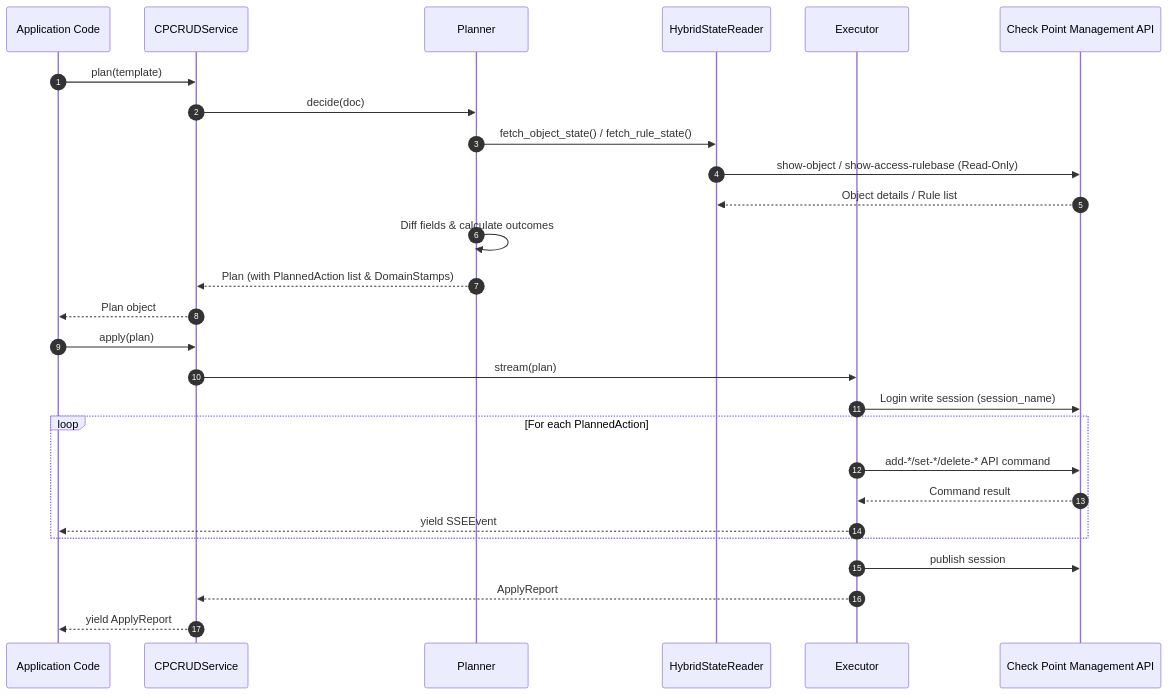
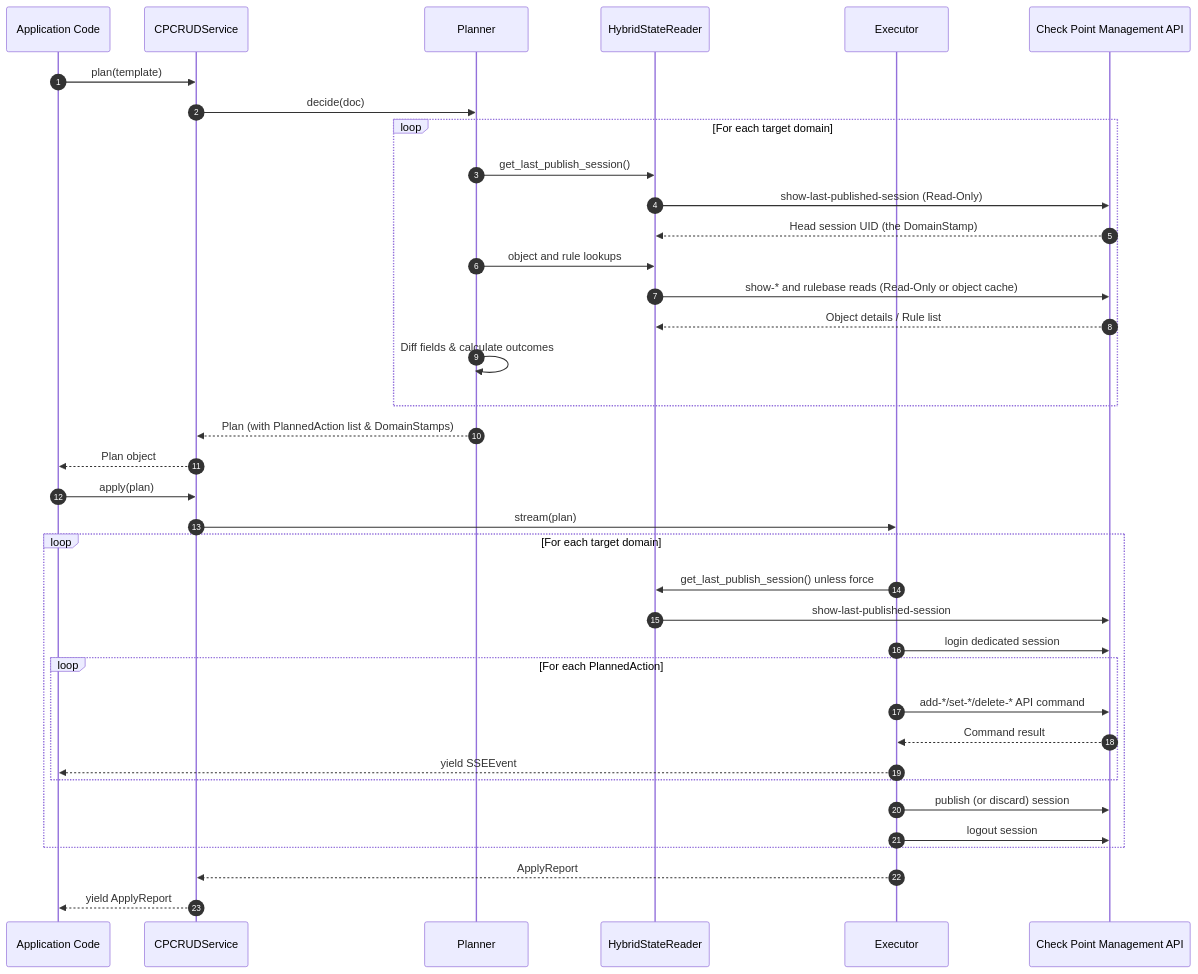
The third of 4 diagrams in docs-notebooklm/01-guide-and-concepts.md (chkp-antonr/arodonata), drawn with Mermaid before and after one commit. The commit also changed other lines of this file and 26 other files, not shown here.

````diff
--- a/docs-notebooklm/01-guide-and-concepts.md
+++ b/docs-notebooklm/01-guide-and-concepts.md
@@ -701,31 +725,41 @@
 ```mermaid
 sequenceDiagram
     autonumber
     participant App as Application Code
     participant Service as CPCRUDService
     participant Planner as Planner
     participant StateReader as HybridStateReader
     participant Executor as Executor
     participant Mgmt as Check Point Management API
 
     App->>Service: plan(template)
     Service->>Planner: decide(doc)
-    Planner->>StateReader: fetch_object_state() / fetch_rule_state()
-    StateReader->>Mgmt: show-object / show-access-rulebase (Read-Only)
-    Mgmt-->>StateReader: Object details / Rule list
-    Planner->>Planner: Diff fields & calculate outcomes
+    loop For each target domain
+        Planner->>StateReader: get_last_publish_session()
+        StateReader->>Mgmt: show-last-published-session (Read-Only)
+        Mgmt-->>StateReader: Head session UID (the DomainStamp)
+        Planner->>StateReader: object and rule lookups
+        StateReader->>Mgmt: show-* and rulebase reads (Read-Only or object cache)
+        Mgmt-->>StateReader: Object details / Rule list
+        Planner->>Planner: Diff fields & calculate outcomes
+    end
     Planner-->>Service: Plan (with PlannedAction list & DomainStamps)
     Service-->>App: Plan object
 
     App->>Service: apply(plan)
     Service->>Executor: stream(plan)
-    Executor->>Mgmt: Login write session (session_name)
-    loop For each PlannedAction
-        Executor->>Mgmt: add-*/set-*/delete-* API command
-        Mgmt-->>Executor: Command result
-        Executor-->>App: yield SSEEvent
+    loop For each target domain
+        Executor->>StateReader: get_last_publish_session() unless force
+        StateReader->>Mgmt: show-last-published-session
+        Executor->>Mgmt: login dedicated session
+        loop For each PlannedAction
+            Executor->>Mgmt: add-*/set-*/delete-* API command
+            Mgmt-->>Executor: Command result
+            Executor-->>App: yield SSEEvent
+        end
+        Executor->>Mgmt: publish (or discard) session
+        Executor->>Mgmt: logout session
     end
-    Executor->>Mgmt: publish session
     Executor-->>Service: ApplyReport
     Service-->>App: yield ApplyReport
 ```
````
